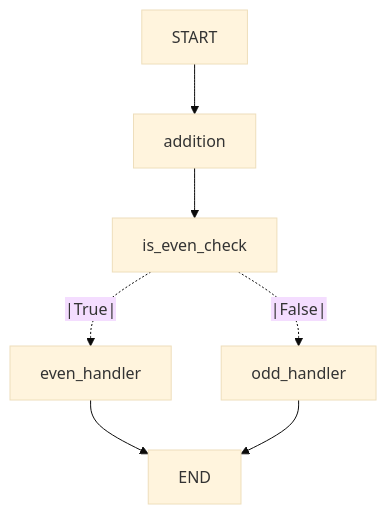
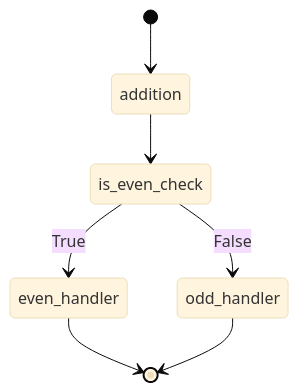
The diagram in README.md (dextersjab/workflow-graph.js), drawn with Mermaid (base theme) before and after one commit. The commit also changed other lines of this file and 5 other files, not shown here.

Commit message:
husky + convert to mermaid state diagrams

````diff
--- a/README.md
+++ b/README.md
@@ -118,15 +118,13 @@
 ```mermaid
-flowchart TD
-    __start__["START"]
-    __end__["END"]
-    addition["addition"]
-    is_even_check["is_even_check"]
-    even_handler["even_handler"]
-    odd_handler["odd_handler"]
-    __start__ --> addition
+stateDiagram-v2
+    state "addition" as addition
+    state "is_even_check" as is_even_check
+    state "even_handler" as even_handler
+    state "odd_handler" as odd_handler
+    [*] --> addition
     addition --> is_even_check
-    is_even_check -.|True|.-> even_handler
-    is_even_check -.|False|.-> odd_handler
-    even_handler --> __end__
-    odd_handler --> __end__
+    is_even_check --> even_handler: True
+    is_even_check --> odd_handler: False
+    even_handler --> [*]
+    odd_handler --> [*]
 ```
````
